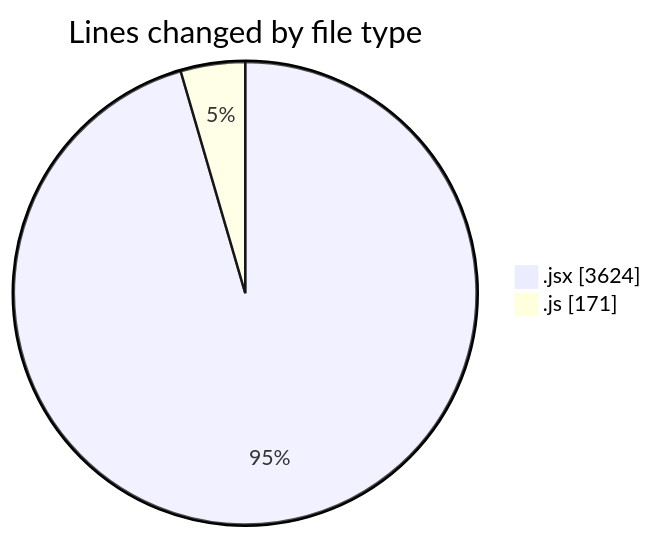
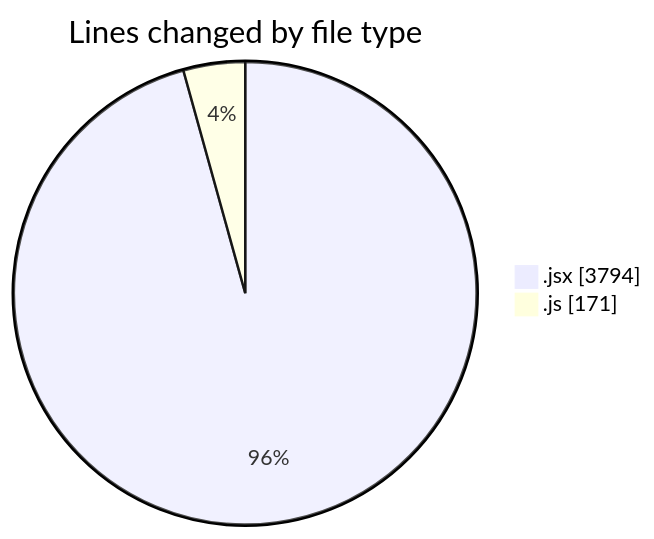
One commit to nxtqubesakshisongat/code-tracking changed the first of 2 diagrams in 2025-07-09/argos/README.md. Above: the diagram before and after it, drawn with Mermaid. The commit also changed other lines of this file and 1 other file, not shown here.

````diff
--- a/2025-07-09/argos/README.md
+++ b/2025-07-09/argos/README.md
@@ -24,6 +25,6 @@
 ```mermaid
 pie showData
 title Lines changed by file type
-".jsx" : 3624
+".jsx" : 3794
 ".js" : 171
 ```
````
